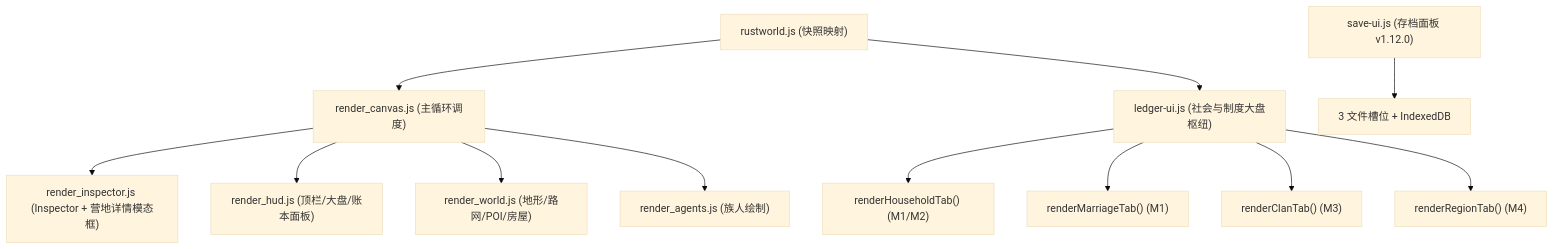
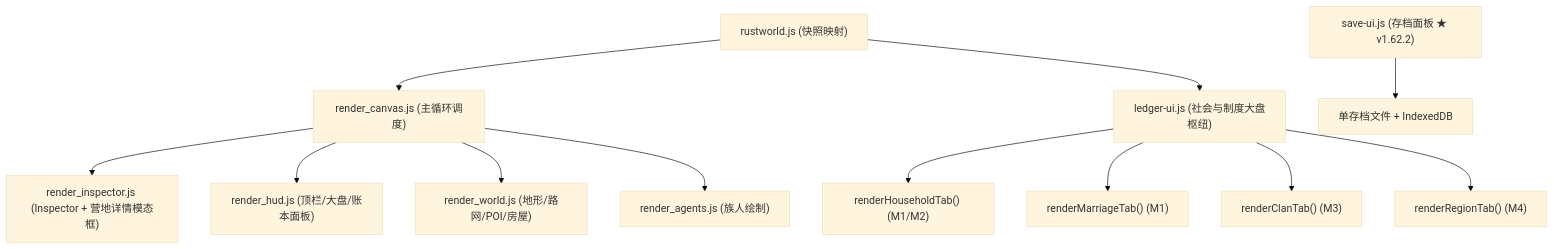
One commit to g39088902/FlowAndAccord changed the second of 4 diagrams in docs/current/tech/21-frontend-dev-guide.md. Above: the diagram before and after it, drawn with Mermaid (base theme). The commit also changed other lines of this file and 50 other files, not shown here.

First line of the commit message:
feat!: 删除全部地图水面并简化存档系统

````diff
--- a/docs/current/tech/21-frontend-dev-guide.md
+++ b/docs/current/tech/21-frontend-dev-guide.md
@@ -64,14 +64,14 @@
 ```mermaid
 graph TD
     A["rustworld.js (快照映射)"] --> B["render_canvas.js (主循环调度)"]
     B --> C["render_inspector.js (Inspector + 营地详情模态框)"]
     B --> D["render_hud.js (顶栏/大盘/账本面板)"]
     B --> E["render_world.js (地形/路网/POI/房屋)"]
     B --> F["render_agents.js (族人绘制)"]
     A --> G["ledger-ui.js (社会与制度大盘枢纽)"]
     G --> T1["renderHouseholdTab() (M1/M2)"]
     G --> T2["renderMarriageTab() (M1)"]
     G --> T3["renderClanTab() (M3)"]
     G --> T4["renderRegionTab() (M4)"]
-    H["save-ui.js (存档面板 v1.12.0)"] --> I["3 文件槽位 + IndexedDB"]
+    H["save-ui.js (存档面板 ★ v1.62.2)"] --> I["单存档文件 + IndexedDB"]
 ```
````
